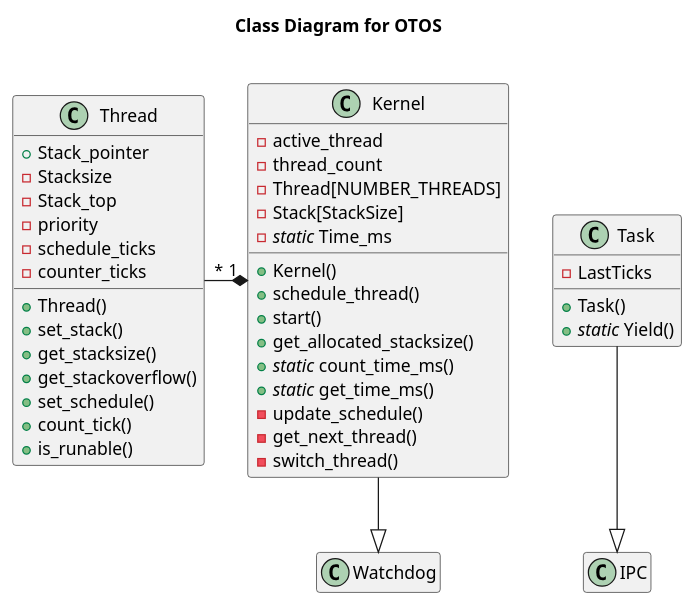
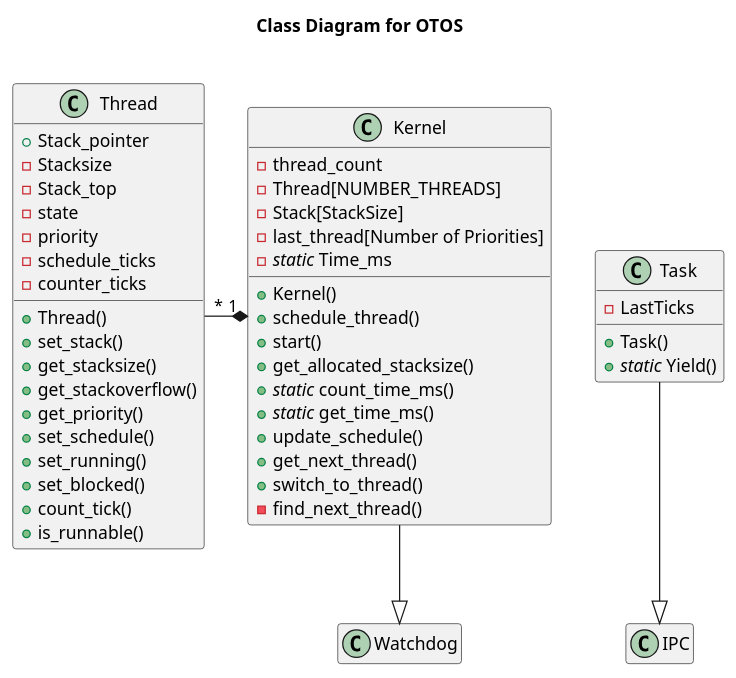
One commit to SebastianOberschwendtner/OTOS changed the diagram in doc/UML/CLD_OTOS.puml. Above: the diagram before and after it, drawn with PlantUML. The commit also changed 2 other files, not shown here.

```diff
--- a/doc/UML/CLD_OTOS.puml
+++ b/doc/UML/CLD_OTOS.puml
@@ -1,74 +1,79 @@
 @startuml CLD_OTOS
 title Class Diagram for **OTOS**\n
 
 hide empty members
 
 class Thread {
     'Properties:
     + Stack_pointer
     - Stacksize
     - Stack_top
+    - state
     - priority
     - schedule_ticks
     - counter_ticks
 
     'Methods:
     + Thread()
     + set_stack()
     + get_stacksize()
     + get_stackoverflow()
+    + get_priority()
     + set_schedule()
+    + set_running()
+    + set_blocked()
     + count_tick()
-    + is_runable()
+    + is_runnable()
 }
 class Kernel{
     'Properties:
-    - active_thread
     - thread_count
     - Thread[NUMBER_THREADS]
     - Stack[StackSize]
+    - last_thread[Number of Priorities]
     - //static// Time_ms
 
     'Methods:
     + Kernel()
     + schedule_thread()
     + start()
     + get_allocated_stacksize()
     + //static// count_time_ms()
     + //static// get_time_ms()
-    - update_schedule()
-    - get_next_thread()
-    - switch_thread()
+    + update_schedule()
+    + get_next_thread()
+    + switch_to_thread()
+    - find_next_thread()
 }
 
 class Watchdog {
    '+ Watchdog()
    '+ Pet()
 }
 
 class Task{
     ' Properties:
     - LastTicks
 
     ' Methods:
     + Task()
     ' + //static// Lock()
     ' + //static// Unlock()
     ' + //static// WaitFor()
     + //static// Yield()
     ' + Sleep()
     ' - GetSysTick()
 }
 
 class IPC{
    '- Id
    '- CmdBuffer
    '+ GetQueue()
    '+ PushQueue()
 }
 
 Thread "*"-*"1" Kernel
 Kernel --|> Watchdog
 Task --|> IPC
 
 @enduml
```
